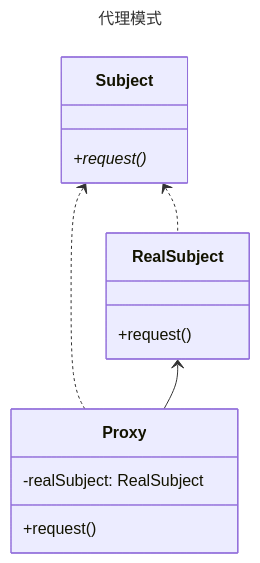
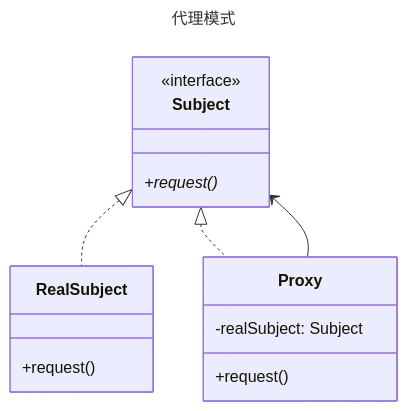
Before and after one commit to fengyun89/typescript-design-patterns: the diagram in proxy/README.md, drawn with Mermaid. The commit also changed 5 other files, not shown here.

````diff
--- a/proxy/README.md
+++ b/proxy/README.md
@@ -1,19 +1,20 @@
 ```mermaid
 ---
 title: 代理模式
 ---
 classDiagram
-    class Subject{
+    class Subject {
+        <<interface>>
         +request()*
     }
-    class RealSubject{
+    class RealSubject {
         +request()
     }
-    class Proxy{
-        -realSubject: RealSubject
+    class Proxy {
+        -realSubject: Subject
         +request()
     }
-    Subject <.. RealSubject
-    Subject <.. Proxy
-    RealSubject <-- Proxy
+    Subject <|.. RealSubject
+    Subject <|.. Proxy
+    Subject <-- Proxy
 ```
````
